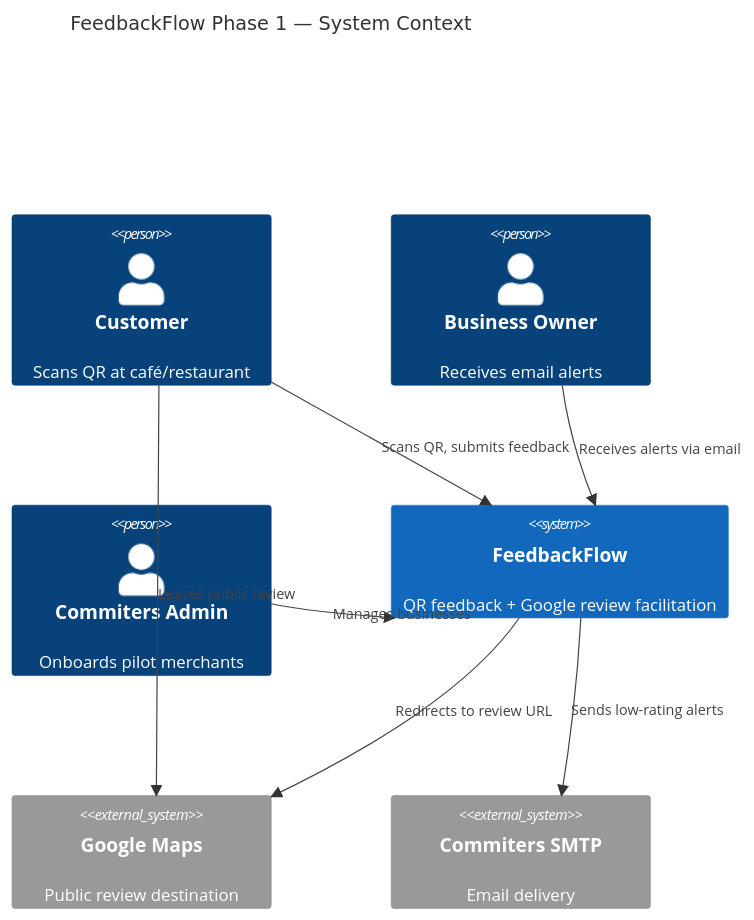
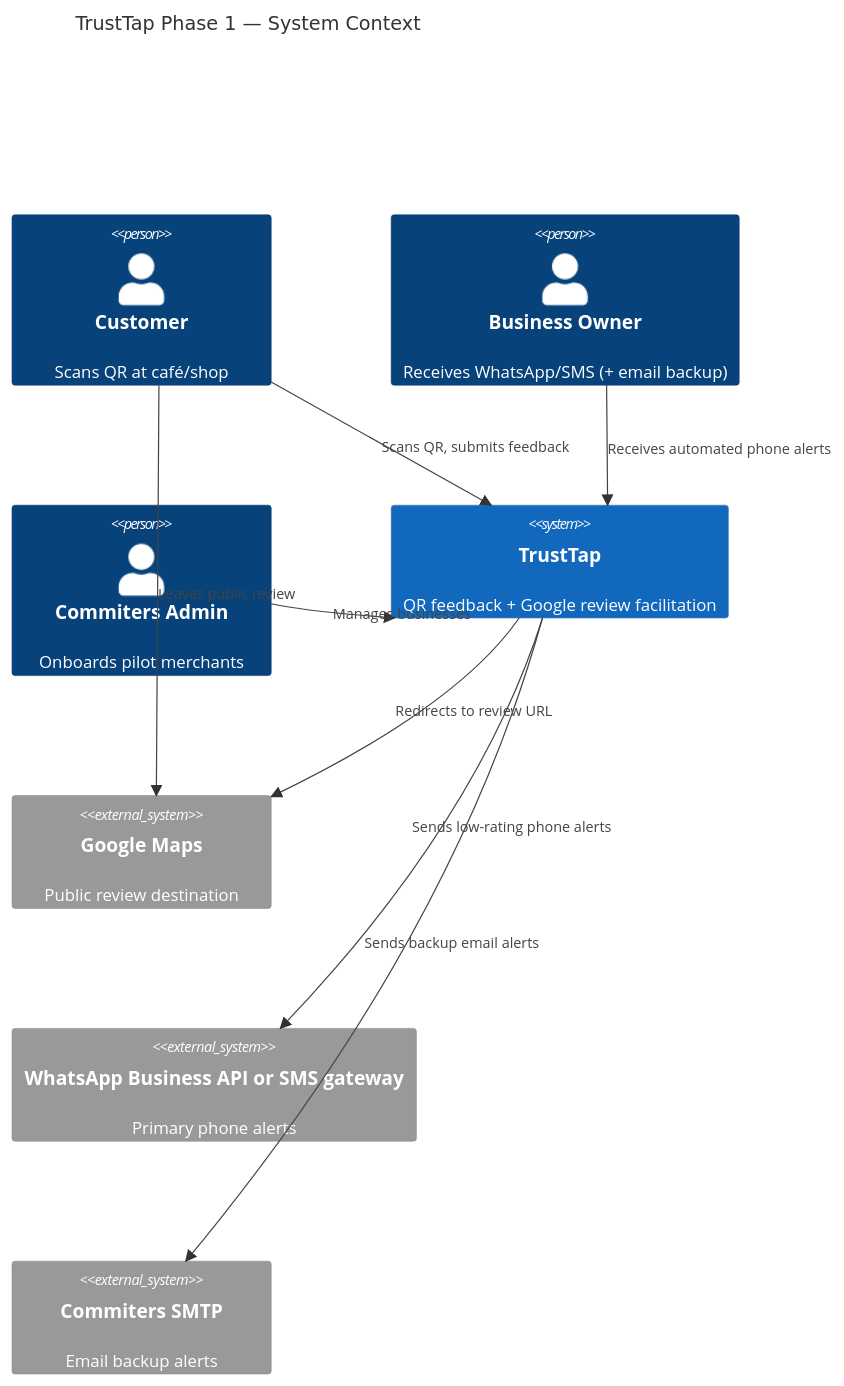
One commit to niteshrav/GoogleReviewQR changed the diagram in docs/PHASE_1_USE_CASES.md. Above: the diagram before and after it, drawn with Mermaid. The commit also changed other lines of this file and 9 other files, not shown here.

First line of the commit message:
Align Phase 1 docs with phone-first alerts and competitive positioning.

````diff
--- a/docs/PHASE_1_USE_CASES.md
+++ b/docs/PHASE_1_USE_CASES.md
@@ -21,19 +21,21 @@
 ```mermaid
 C4Context
-    title FeedbackFlow Phase 1 — System Context
+    title TrustTap Phase 1 — System Context
 
-    Person(customer, "Customer", "Scans QR at café/restaurant")
-    Person(owner, "Business Owner", "Receives email alerts")
+    Person(customer, "Customer", "Scans QR at café/shop")
+    Person(owner, "Business Owner", "Receives WhatsApp/SMS (+ email backup)")
     Person(admin, "Commiters Admin", "Onboards pilot merchants")
 
-    System(feedbackflow, "FeedbackFlow", "QR feedback + Google review facilitation")
+    System(trusttap, "TrustTap", "QR feedback + Google review facilitation")
     System_Ext(google, "Google Maps", "Public review destination")
-    System_Ext(smtp, "Commiters SMTP", "Email delivery")
+    System_Ext(wa, "WhatsApp Business API or SMS gateway", "Primary phone alerts")
+    System_Ext(smtp, "Commiters SMTP", "Email backup alerts")
 
-    Rel(customer, feedbackflow, "Scans QR, submits feedback")
+    Rel(customer, trusttap, "Scans QR, submits feedback")
     Rel(customer, google, "Leaves public review")
-    Rel(owner, feedbackflow, "Receives alerts via email")
-    Rel(admin, feedbackflow, "Manages businesses")
-    Rel(feedbackflow, google, "Redirects to review URL")
-    Rel(feedbackflow, smtp, "Sends low-rating alerts")
+    Rel(owner, trusttap, "Receives automated phone alerts")
+    Rel(admin, trusttap, "Manages businesses")
+    Rel(trusttap, google, "Redirects to review URL")
+    Rel(trusttap, wa, "Sends low-rating phone alerts")
+    Rel(trusttap, smtp, "Sends backup email alerts")
 ```
````
